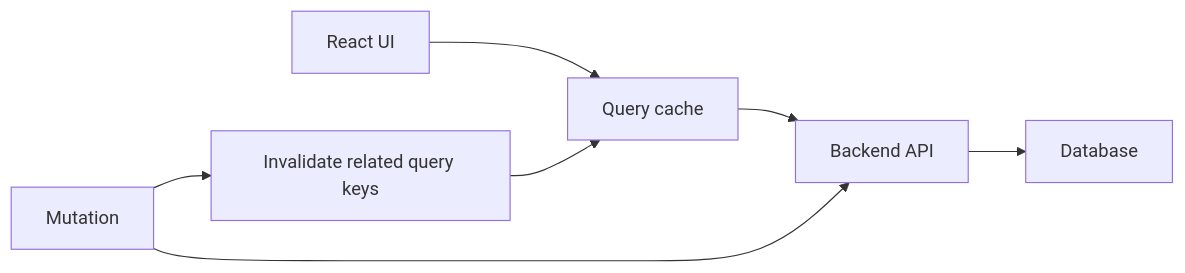
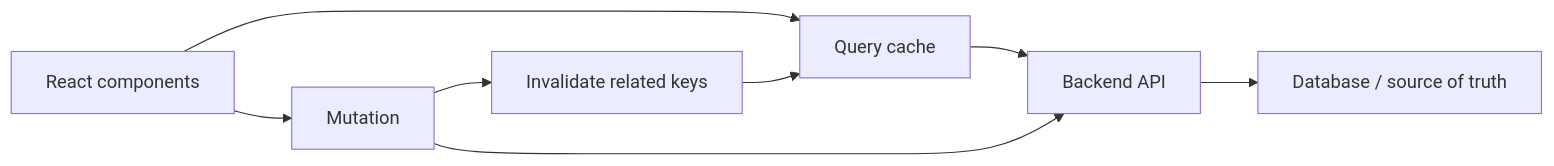
Before and after one commit to ranjeet-h/frontend-interview-preparation: the diagram in src/react/server-state.md, drawn with Mermaid. The commit also changed other lines of this file, not shown here.

Commit message:
docs: rewrite React server state focused chapter

````diff
--- a/src/react/server-state.md
+++ b/src/react/server-state.md
@@ -24,9 +28,10 @@
-```mermaid
+~~~mermaid
 flowchart LR
-  UI["React UI"] --> Query["Query cache"]
-  Query --> API["Backend API"]
-  API --> DB["Database"]
-  Mutation["Mutation"] --> API
-  Mutation --> Invalidate["Invalidate related query keys"]
-  Invalidate --> Query
-```
+  UI["React components"] --> Cache["Query cache"]
+  Cache --> API["Backend API"]
+  API --> DB["Database / source of truth"]
+  UI --> Mutation["Mutation"]
+  Mutation --> API
+  Mutation --> Invalidate["Invalidate related keys"]
+  Invalidate --> Cache
+~~~
````
